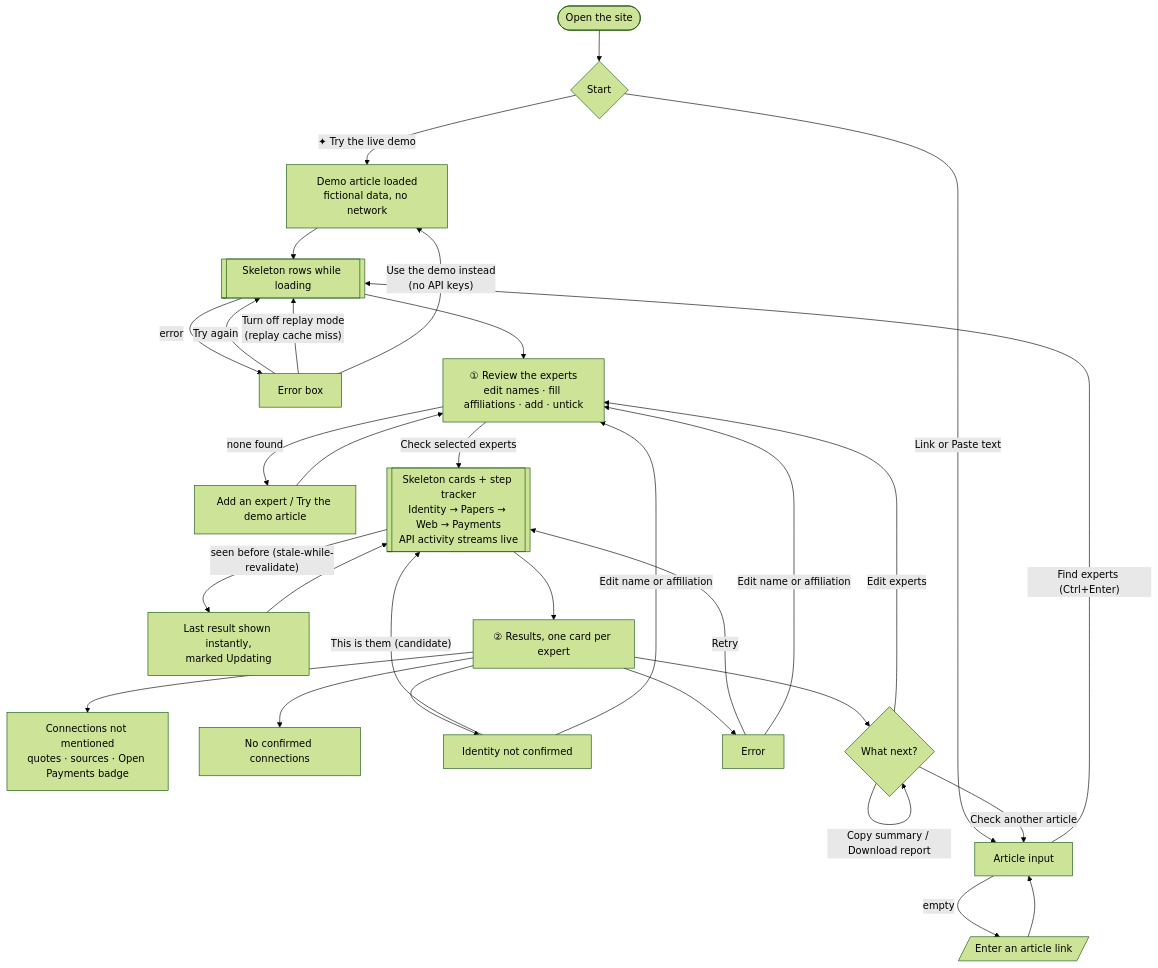
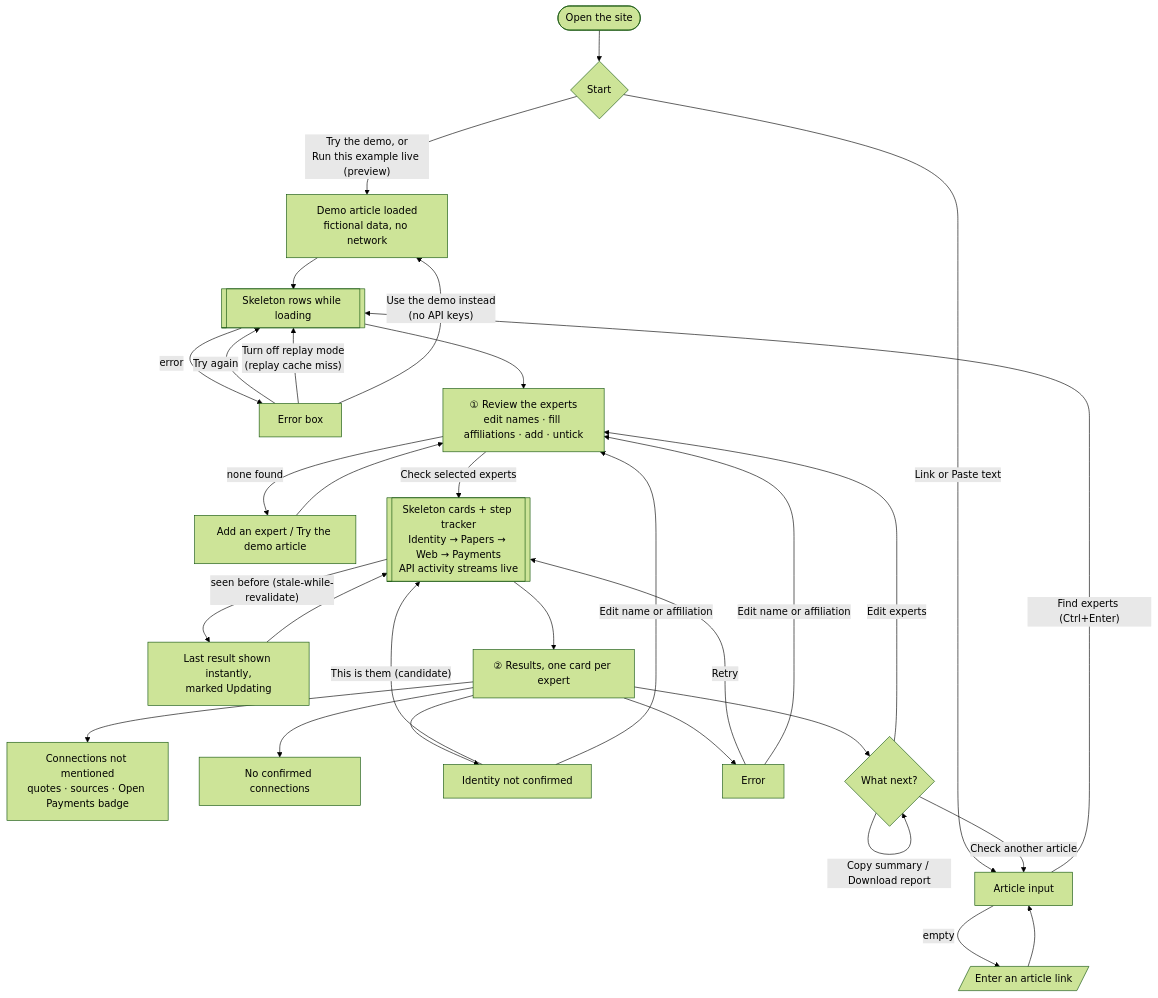
Before and after one commit to Cory585/Hack1984: the diagram in README.md, drawn with Mermaid (forest theme). The commit also changed other lines of this file and 1 other file, not shown here.

````diff
--- a/README.md
+++ b/README.md
@@ -42,30 +42,30 @@
 ```mermaid
 flowchart TD
     A([Open the site]) --> B{Start}
-    B -->|"✦ Try the live demo"| D[Demo article loaded<br/>fictional data, no network]
+    B -->|"Try the demo, or<br/>Run this example live (preview)"| D[Demo article loaded<br/>fictional data, no network]
     B -->|Link or Paste text| C[Article input]
     C -->|"Find experts (Ctrl+Enter)"| E[[Skeleton rows while loading]]
     D --> E
     C -->|empty| C1[/"Enter an article link"/] --> C
     E -->|error| X1[Error box]
     X1 -->|Try again| E
     X1 -->|"Turn off replay mode<br/>(replay cache miss)"| E
     X1 -->|"Use the demo instead<br/>(no API keys)"| D
     E --> F["① Review the experts<br/>edit names · fill affiliations · add · untick"]
     F -->|none found| F1[Add an expert / Try the demo article] --> F
     F -->|Check selected experts| G[[Skeleton cards + step tracker<br/>Identity → Papers → Web → Payments<br/>API activity streams live]]
     G -->|"seen before (stale-while-revalidate)"| G1[Last result shown instantly,<br/>marked Updating] --> G
     G --> H["② Results, one card per expert"]
     H --> S1[Connections not mentioned<br/>quotes · sources · Open Payments badge]
     H --> S2[No confirmed connections]
     H --> S3[Identity not confirmed]
     H --> S4[Error]
     S3 -->|"This is them (candidate)"| G
     S3 -->|Edit name or affiliation| F
     S4 -->|Retry| G
     S4 -->|Edit name or affiliation| F
     H --> N{What next?}
     N -->|Edit experts| F
     N -->|Copy summary / Download report| N
     N -->|Check another article| C
 ```
````
